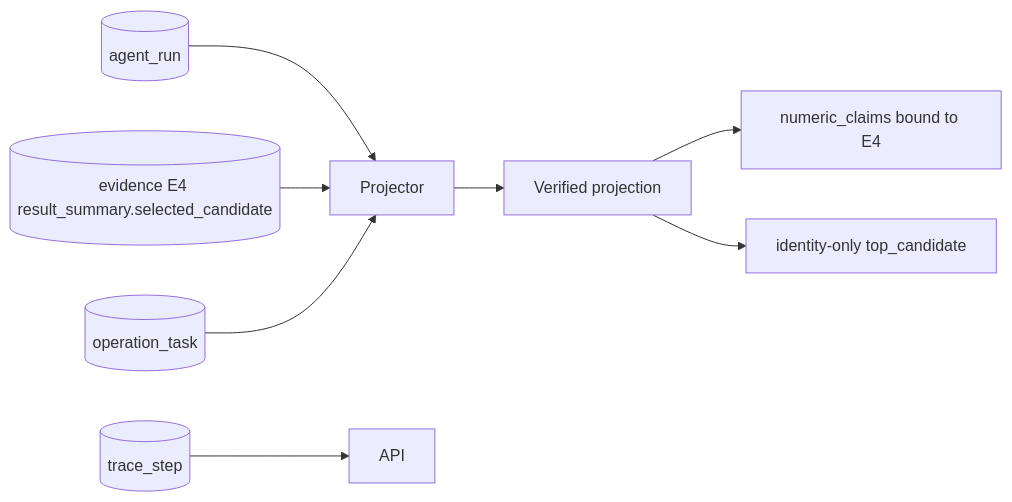
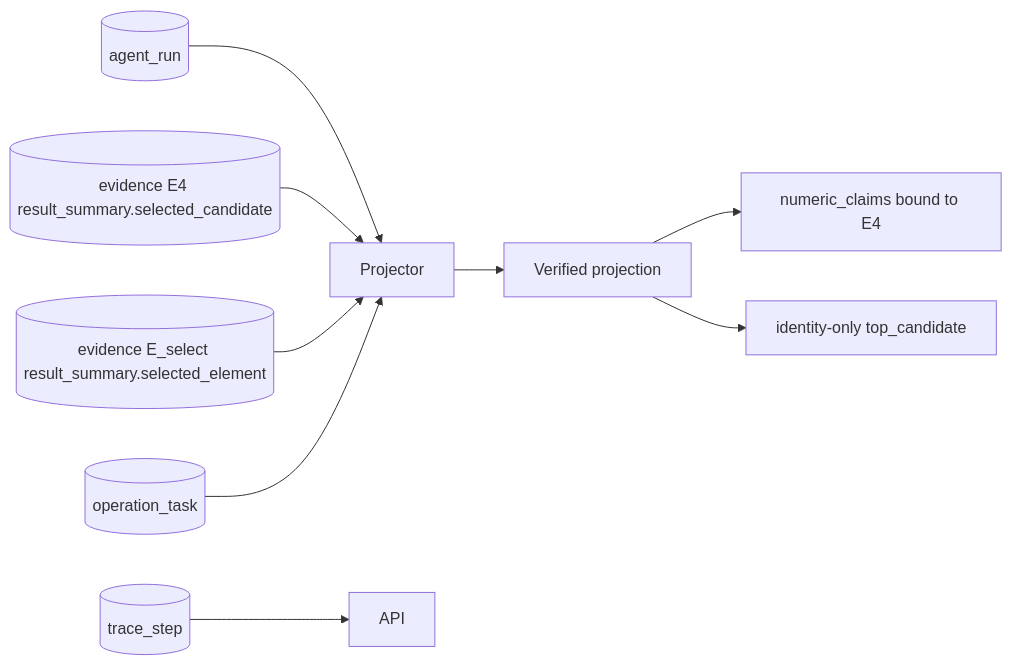
The fifth of 8 diagrams in docs/architecture.md (WOTMCCR/MetricRCA), drawn with Mermaid before and after one commit. The commit also changed other lines of this file and 75 other files, not shown here.

````diff
--- a/docs/architecture.md
+++ b/docs/architecture.md
@@ -85,10 +97,11 @@
 ```mermaid
 flowchart LR
   Run[(agent_run)] --> Projector
   E4[(evidence E4 result_summary.selected_candidate)] --> Projector
+  ESelect[(evidence E_select result_summary.selected_element)] --> Projector
   Tasks[(operation_task)] --> Projector
   Trace[(trace_step)] --> API
   Projector --> Report[Verified projection]
   Report --> Numeric[numeric_claims bound to E4]
   Report --> Candidate[identity-only top_candidate]
 ```
````
